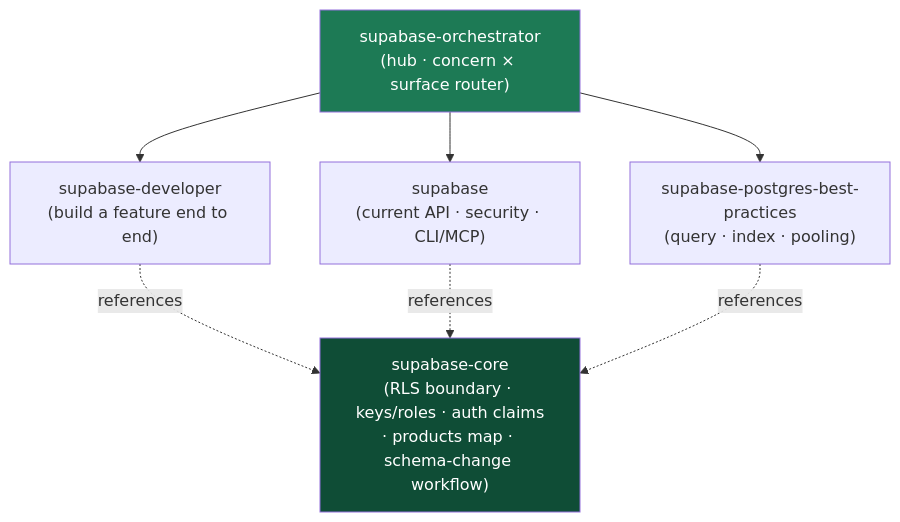
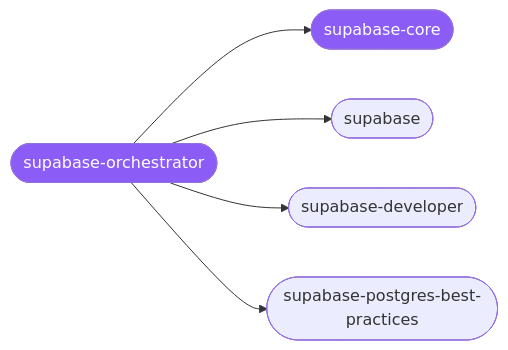
Before and after one commit to Sheshiyer/skill-clusters: the diagram in clusters/supabase/README.md, drawn with Mermaid. The commit also changed other lines of this file and 44 other files, not shown here.

````diff
--- a/clusters/supabase/README.md
+++ b/clusters/supabase/README.md
@@ -30,13 +18,8 @@
 ```mermaid
-graph TD
-    O["supabase-orchestrator<br/>(hub · concern × surface router)"]
-    O --> DEV["supabase-developer<br/>(build a feature end to end)"]
-    O --> API["supabase<br/>(current API · security · CLI/MCP)"]
-    O --> PERF["supabase-postgres-best-practices<br/>(query · index · pooling)"]
-    DEV -. references .-> C["supabase-core<br/>(RLS boundary · keys/roles · auth claims<br/>· products map · schema-change workflow)"]
-    API -. references .-> C
-    PERF -. references .-> C
-
-    style O fill:#1d7a55,color:#fff
-    style C fill:#0f4d36,color:#fff
+graph LR
+  o([supabase-orchestrator]):::hub --> c([supabase-core]):::hub
+  o --> s1([supabase])
+  o --> s2([supabase-developer])
+  o --> s3([supabase-postgres-best-practices])
+  classDef hub fill:#8b5cf6,color:#fff;
 ```
````
